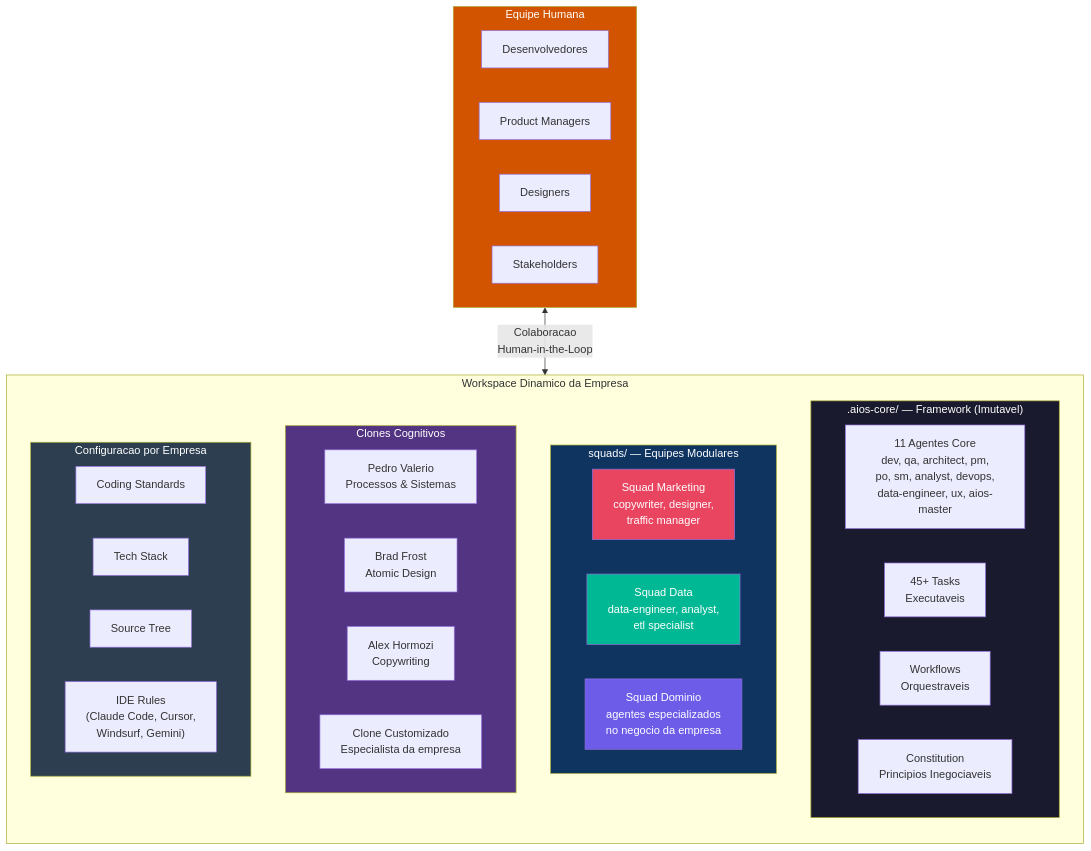
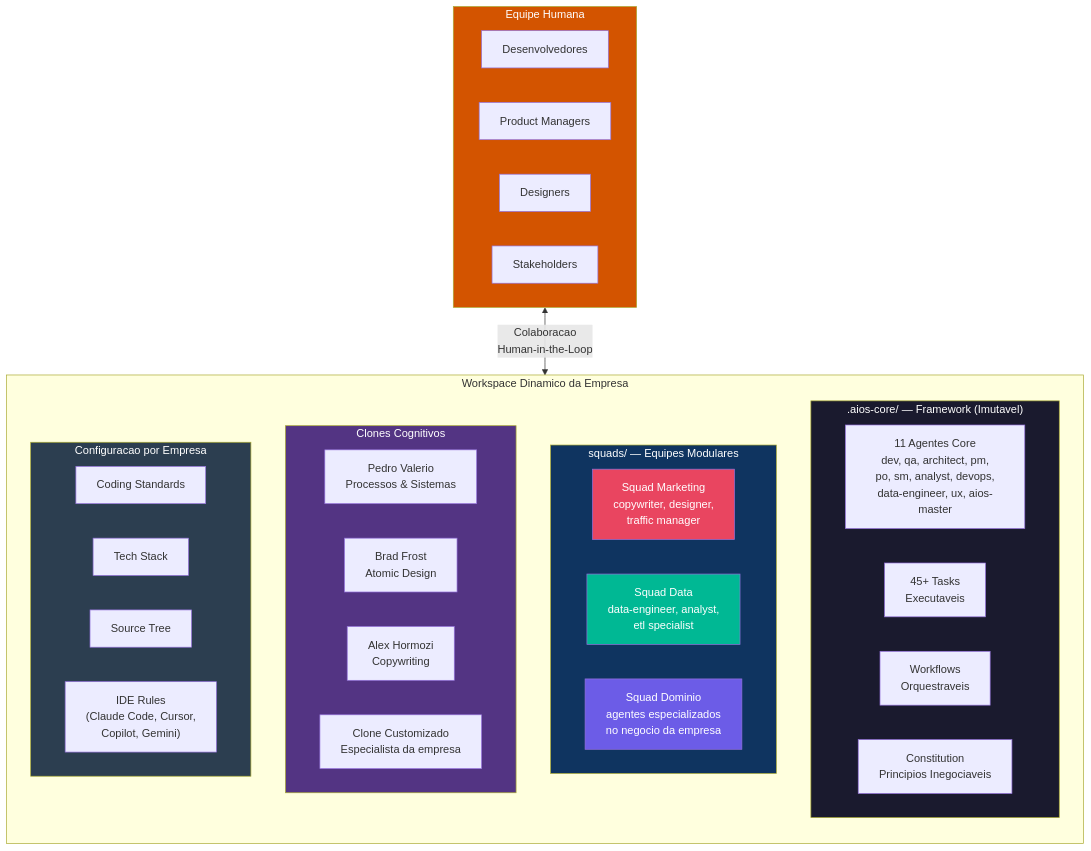
Before and after one commit to SynkraAI/aios-core: the eighth of 12 diagrams in docs/architecture/AIOS-VISUAL-OVERVIEW.md, drawn with Mermaid. The commit also changed other lines of this file and 9 other files, not shown here.

````diff
--- a/docs/architecture/AIOS-VISUAL-OVERVIEW.md
+++ b/docs/architecture/AIOS-VISUAL-OVERVIEW.md
@@ -341,51 +341,51 @@
 ```mermaid
 flowchart TB
     subgraph WS["Workspace Dinamico da Empresa"]
         direction TB
 
         subgraph FRAMEWORK[".aios-core/ — Framework (Imutavel)"]
             AGENTS_CORE["11 Agentes Core<br/>dev, qa, architect, pm,<br/>po, sm, analyst, devops,<br/>data-engineer, ux, aios-master"]
             TASKS_CORE["45+ Tasks<br/>Executaveis"]
             WORKFLOWS["Workflows<br/>Orquestraveis"]
             CONSTITUTION["Constitution<br/>Principios Inegociaveis"]
         end
 
         subgraph SQUADS["squads/ — Equipes Modulares"]
             SQ1["Squad Marketing<br/>copywriter, designer,<br/>traffic manager"]
             SQ2["Squad Data<br/>data-engineer, analyst,<br/>etl specialist"]
             SQ3["Squad Dominio<br/>agentes especializados<br/>no negocio da empresa"]
         end
 
         subgraph MINDS["Clones Cognitivos"]
             M1["Pedro Valerio<br/>Processos & Sistemas"]
             M2["Brad Frost<br/>Atomic Design"]
             M3["Alex Hormozi<br/>Copywriting"]
             M4["Clone Customizado<br/>Especialista da empresa"]
         end
 
         subgraph CONFIG["Configuracao por Empresa"]
             CS["Coding Standards"]
             TS["Tech Stack"]
             ST["Source Tree"]
-            IDE["IDE Rules<br/>(Claude Code, Cursor,<br/>Windsurf, Gemini)"]
+            IDE["IDE Rules<br/>(Claude Code, Cursor,<br/>Copilot, Gemini)"]
         end
     end
 
     subgraph HUMANS["Equipe Humana"]
         DEV_H["Desenvolvedores"]
         PM_H["Product Managers"]
         DESIGN_H["Designers"]
         STAKEHOLDERS["Stakeholders"]
     end
 
     HUMANS <-->|"Colaboracao<br/>Human-in-the-Loop"| WS
 
     style FRAMEWORK fill:#1a1a2e,color:#fff
     style SQUADS fill:#0f3460,color:#fff
     style MINDS fill:#533483,color:#fff
     style CONFIG fill:#2c3e50,color:#fff
     style HUMANS fill:#d35400,color:#fff
     style SQ1 fill:#e94560,color:#fff
     style SQ2 fill:#00b894,color:#fff
     style SQ3 fill:#6c5ce7,color:#fff
 ```
````
